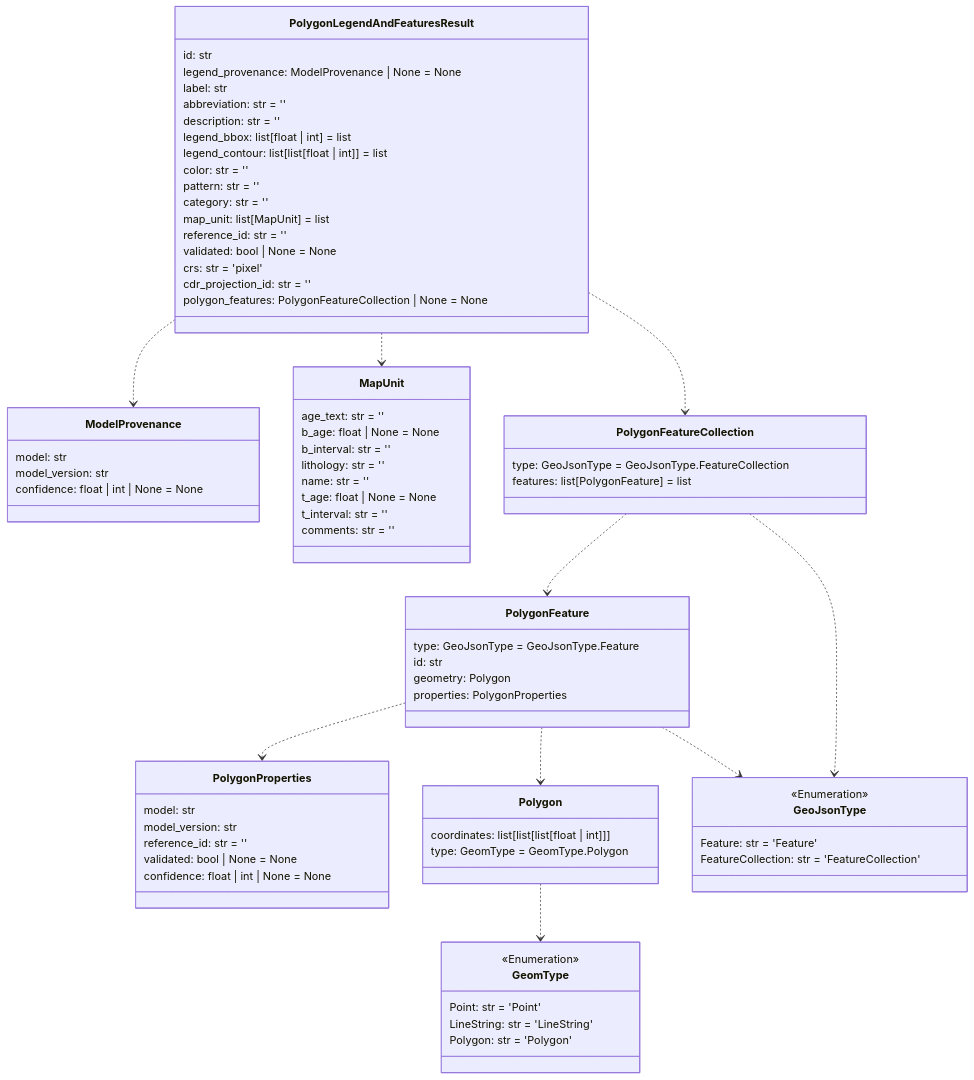
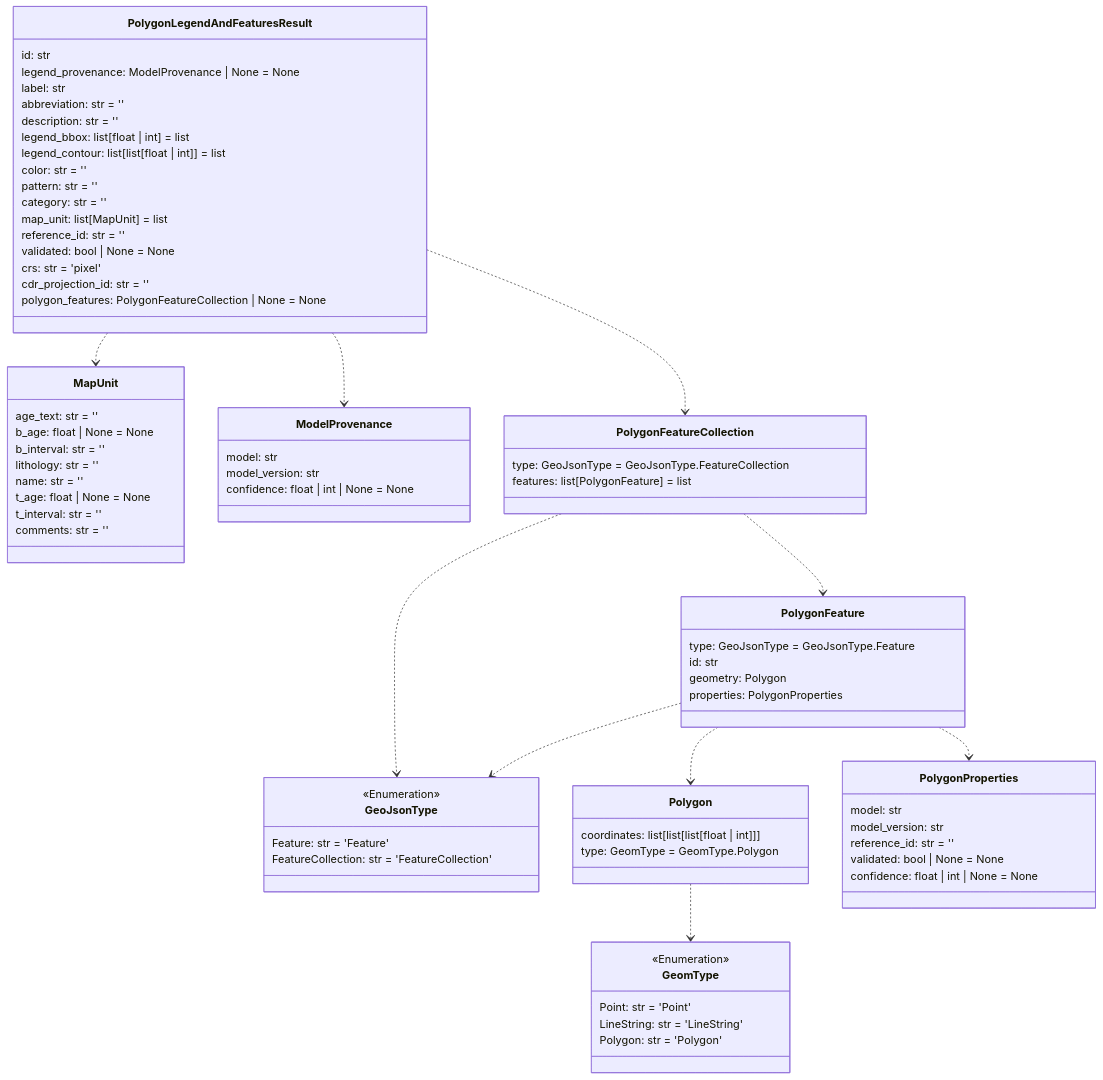
The seventh of 14 diagrams in README.md (DARPA-CRITICALMAAS/cdr_schemas), drawn with Mermaid before and after one commit. The commit also changed other lines of this file, not shown here.

````diff
--- a/README.md
+++ b/README.md
@@ -544,37 +544,5 @@
 ```mermaid
 classDiagram
-
-    class PolygonFeature {
-        type: GeoJsonType = GeoJsonType.Feature
-        id: str
-        geometry: Polygon
-        properties: PolygonProperties
-    }
-
-    class PolygonProperties {
-        model: str
-        model_version: str
-        reference_id: str = ''
-        validated: bool | None = None
-        confidence: float | int | None = None
-    }
-
-    class MapUnit {
-        age_text: str = ''
-        b_age: float | None = None
-        b_interval: str = ''
-        lithology: str = ''
-        name: str = ''
-        t_age: float | None = None
-        t_interval: str = ''
-        comments: str = ''
-    }
-
-    class GeoJsonType {
-        <<Enumeration>>
-        Feature: str = 'Feature'
-        FeatureCollection: str = 'FeatureCollection'
-    }
 
     class PolygonLegendAndFeaturesResult {
         id: str
@@ -600,10 +568,39 @@
         type: GeomType = GeomType.Polygon
     }
 
+    class PolygonFeature {
+        type: GeoJsonType = GeoJsonType.Feature
+        id: str
+        geometry: Polygon
+        properties: PolygonProperties
+    }
+
+    class MapUnit {
+        age_text: str = ''
+        b_age: float | None = None
+        b_interval: str = ''
+        lithology: str = ''
+        name: str = ''
+        t_age: float | None = None
+        t_interval: str = ''
+        comments: str = ''
+    }
+
     class ModelProvenance {
         model: str
         model_version: str
         confidence: float | int | None = None
+    }
+
+    class PolygonFeatureCollection {
+        type: GeoJsonType = GeoJsonType.FeatureCollection
+        features: list[PolygonFeature] = list
+    }
+
+    class GeoJsonType {
+        <<Enumeration>>
+        Feature: str = 'Feature'
+        FeatureCollection: str = 'FeatureCollection'
     }
 
     class GeomType {
@@ -613,19 +610,22 @@
         Polygon: str = 'Polygon'
     }
 
-    class PolygonFeatureCollection {
-        type: GeoJsonType = GeoJsonType.FeatureCollection
-        features: list[PolygonFeature] = list
+    class PolygonProperties {
+        model: str
+        model_version: str
+        reference_id: str = ''
+        validated: bool | None = None
+        confidence: float | int | None = None
     }
 
     Polygon ..> GeomType
+    PolygonFeature ..> GeoJsonType
+    PolygonFeature ..> Polygon
     PolygonFeature ..> PolygonProperties
-    PolygonFeature ..> Polygon
-    PolygonFeature ..> GeoJsonType
+    PolygonFeatureCollection ..> GeoJsonType
     PolygonFeatureCollection ..> PolygonFeature
-    PolygonFeatureCollection ..> GeoJsonType
+    PolygonLegendAndFeaturesResult ..> MapUnit
     PolygonLegendAndFeaturesResult ..> ModelProvenance
-    PolygonLegendAndFeaturesResult ..> MapUnit
     PolygonLegendAndFeaturesResult ..> PolygonFeatureCollection
 
 
````
